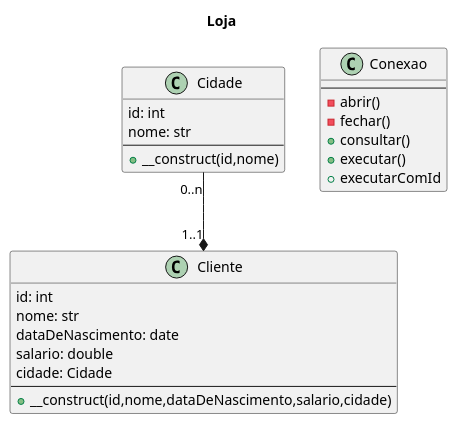
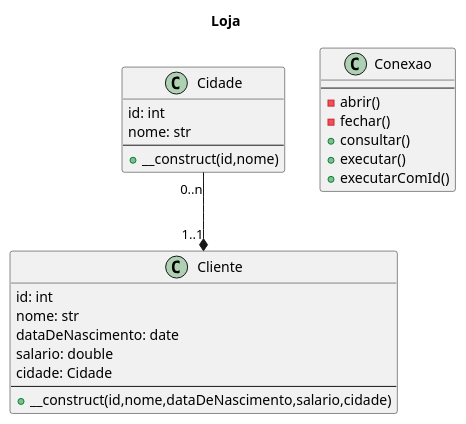
One commit to galaticghost/guieq.klarrind changed the diagram in loja/bola.wsd. Above: the diagram before and after it, drawn with PlantUML. The commit also changed 3 other files, not shown here.

```diff
--- a/loja/bola.wsd
+++ b/loja/bola.wsd
@@ -1,33 +1,33 @@
 @startuml bola
 
 title Loja
 
 class Cliente{
 id: int
 nome: str
 dataDeNascimento: date
 salario: double
 cidade: Cidade
 --
 +__construct(id,nome,dataDeNascimento,salario,cidade)
 }
 
 class Cidade{
 id: int
 nome: str
 --
 +__construct(id,nome)
 }
 
 class Conexao{
     --
     -abrir()
     -fechar()
     +consultar()
     +executar()
-    +executarComId
+    +executarComId()
 }
 
 Cidade "0..n" --* "1..1" Cliente
 
 @enduml
```
